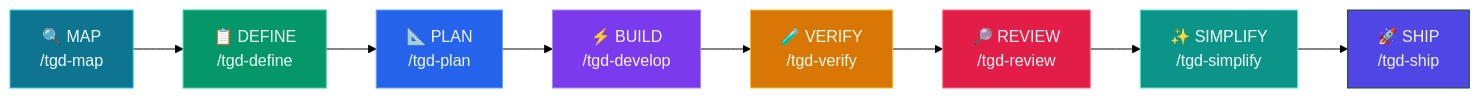
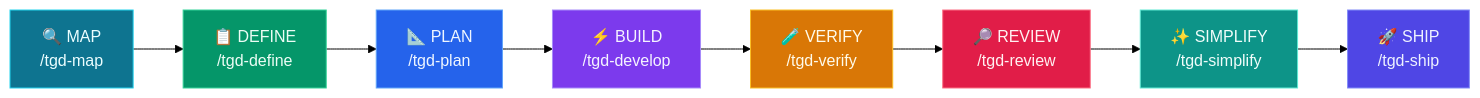
The diagram in README.md (openclawyhwang-hub/tGD), drawn with Mermaid (forest theme) before and after one commit. The commit also changed other lines of this file and 4 other files, not shown here.

````diff
--- a/README.md
+++ b/README.md
@@ -143,28 +143,28 @@
 ```mermaid
 flowchart LR
     A["🔍 MAP\n/tgd-map"] --> B["📋 DEFINE\n/tgd-define"]
     B --> C["📐 PLAN\n/tgd-plan"]
     C --> D["⚡ BUILD\n/tgd-develop"]
     D --> E["🧪 VERIFY\n/tgd-verify"]
     E --> F["🔎 REVIEW\n/tgd-review"]
     F --> G["✨ SIMPLIFY\n/tgd-simplify"]
     G --> H["🚀 SHIP\n/tgd-ship"]
 
     classDef cyan fill:#0e7490,color:#ecfeff,stroke:#22d3ee
     classDef green fill:#059669,color:#ecfdf5,stroke:#34d399
     classDef blue fill:#2563eb,color:#eff6ff,stroke:#60a5fa
     classDef purple fill:#7c3aed,color:#f5f3ff,stroke:#a78bfa
     classDef amber fill:#d97706,color:#fffbeb,stroke:#fbbf24
     classDef rose fill:#e11d48,color:#fff1f2,stroke:#fb7185
     classDef teal fill:#0d9488,color:#f0fdfa,stroke:#5eead4
-    classDef indigo fill:#4f46e5,color:#eef2ff,stroke:#81cf8
+    classDef indigo fill:#4f46e5,color:#eef2ff,stroke:#818cf8
 
     class A cyan
     class B green
     class C blue
     class D purple
     class E amber
     class F rose
     class G teal
     class H indigo
 ```
````
